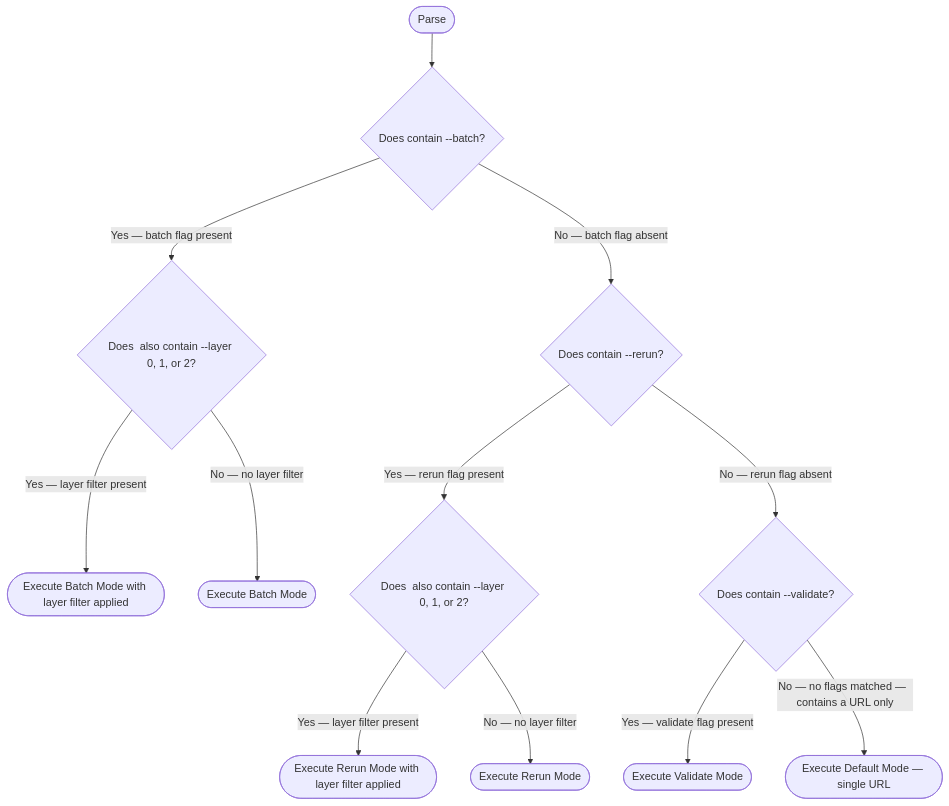
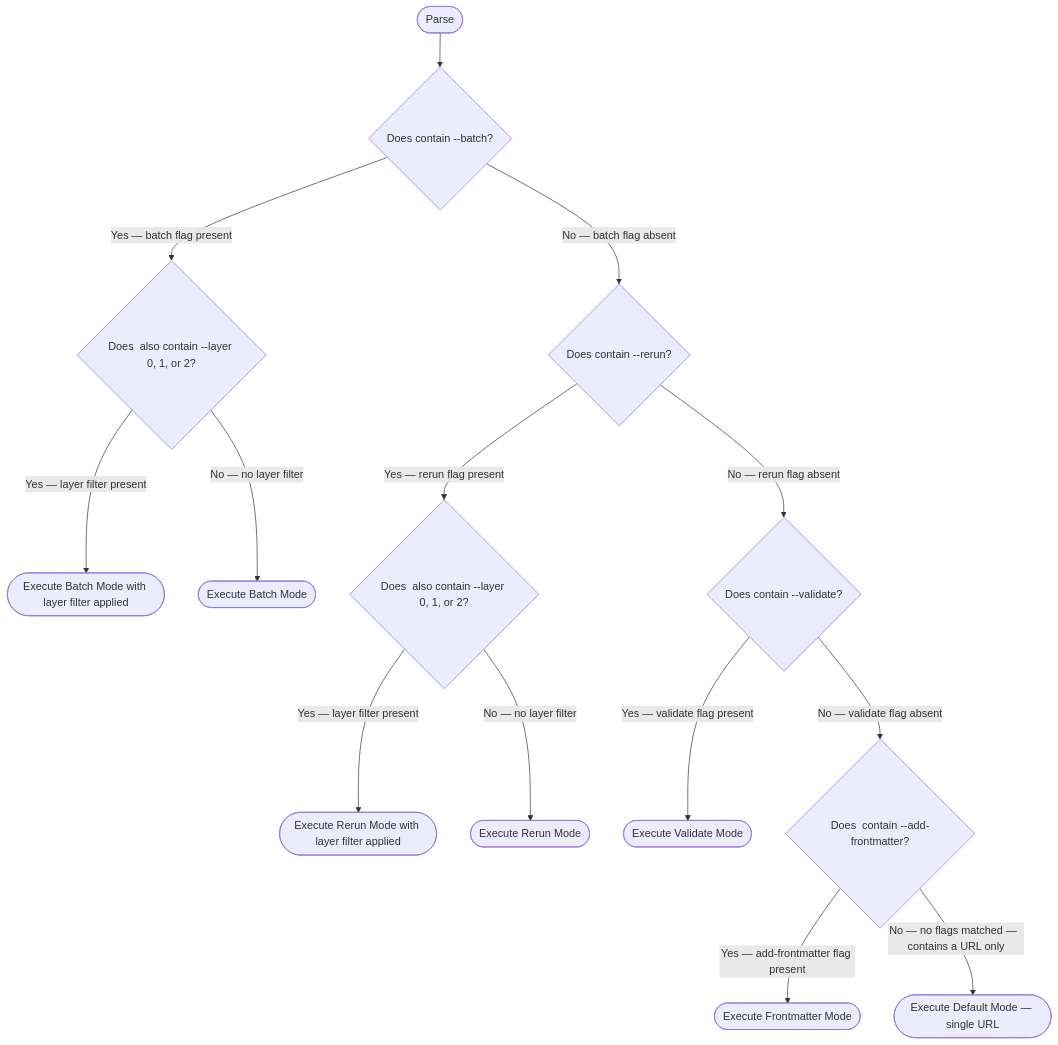
One commit to chgreer1070/claude_skills changed the first of 3 diagrams in .claude/skills/research-curator/SKILL.md. Above: the diagram before and after it, drawn with Mermaid. The commit also changed other lines of this file and 2 other files, not shown here.

Commit message:
feat(research-curator): add frontmatter generation and --add-frontmatter mode (#2131)

````diff
--- a/.claude/skills/research-curator/SKILL.md
+++ b/.claude/skills/research-curator/SKILL.md
@@ -26,14 +26,16 @@
 ```mermaid
 flowchart TD
     Start(["Parse <mode_args/>"]) --> Q1{"Does <mode_args/> contain --batch?"}
     Q1 -->|"Yes — batch flag present"| Q1Layer{"Does <mode_args/> also contain --layer 0, 1, or 2?"}
     Q1 -->|"No — batch flag absent"| Q2{"Does <mode_args/> contain --rerun?"}
     Q1Layer -->|"Yes — layer filter present"| BatchLayer(["Execute Batch Mode with layer filter applied"])
     Q1Layer -->|"No — no layer filter"| Batch(["Execute Batch Mode"])
     Q2 -->|"Yes — rerun flag present"| Q2Layer{"Does <mode_args/> also contain --layer 0, 1, or 2?"}
     Q2 -->|"No — rerun flag absent"| Q3{"Does <mode_args/> contain --validate?"}
     Q2Layer -->|"Yes — layer filter present"| RerunLayer(["Execute Rerun Mode with layer filter applied"])
     Q2Layer -->|"No — no layer filter"| Rerun(["Execute Rerun Mode"])
     Q3 -->|"Yes — validate flag present"| Validate(["Execute Validate Mode"])
-    Q3 -->|"No — no flags matched — <mode_args/> contains a URL only"| Default(["Execute Default Mode — single URL"])
+    Q3 -->|"No — validate flag absent"| Q4{"Does <mode_args/> contain --add-frontmatter?"}
+    Q4 -->|"Yes — add-frontmatter flag present"| Frontmatter(["Execute Frontmatter Mode"])
+    Q4 -->|"No — no flags matched — <mode_args/> contains a URL only"| Default(["Execute Default Mode — single URL"])
 ```
````
